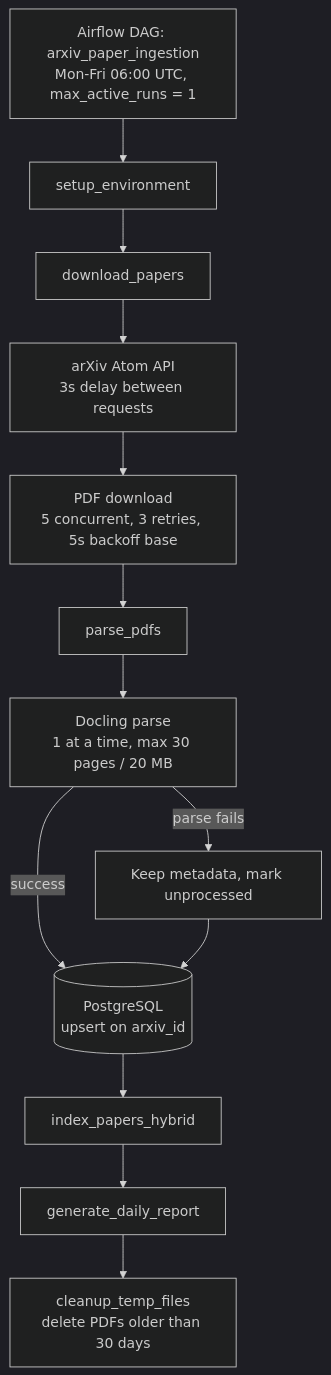
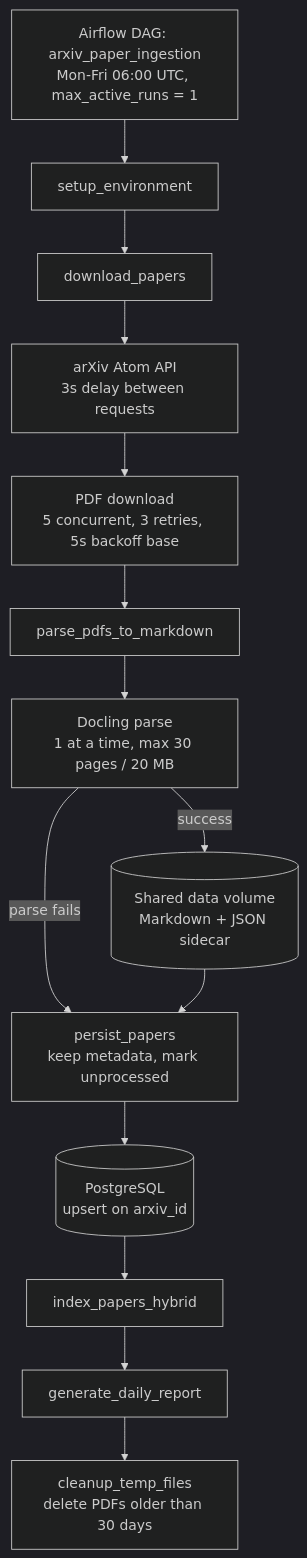
One commit to apssouza22/production-rag changed the second of 12 diagrams in docs/ARTICLE.md. Above: the diagram before and after it, drawn with Mermaid (dark theme). The commit also changed other lines of this file and 10 other files, not shown here.

Commit message:
Split parse_pdfs to parse_pdfs_to_markdown and persist_papers to persist_downloaded_papers

````diff
--- a/docs/ARTICLE.md
+++ b/docs/ARTICLE.md
@@ -92,15 +92,16 @@
 ```mermaid
 flowchart TD
     A["Airflow DAG: arxiv_paper_ingestion<br/>Mon-Fri 06:00 UTC, max_active_runs = 1"] --> B["setup_environment"]
     B --> C["download_papers"]
     C --> C1["arXiv Atom API<br/>3s delay between requests"]
     C1 --> C2["PDF download<br/>5 concurrent, 3 retries, 5s backoff base"]
-    C2 --> P["parse_pdfs"]
+    C2 --> P["parse_pdfs_to_markdown"]
     P --> P1["Docling parse<br/>1 at a time, max 30 pages / 20 MB"]
-    P1 -->|"success"| D[("PostgreSQL<br/>upsert on arxiv_id")]
-    P1 -->|"parse fails"| P2["Keep metadata, mark unprocessed"]
-    P2 --> D
+    P1 -->|"success"| M[("Shared data volume<br/>Markdown + JSON sidecar")]
+    P1 -->|"parse fails"| S["persist_papers<br/>keep metadata, mark unprocessed"]
+    M --> S
+    S --> D[("PostgreSQL<br/>upsert on arxiv_id")]
     D --> E["index_papers_hybrid"]
     E --> F["generate_daily_report"]
     F --> G["cleanup_temp_files<br/>delete PDFs older than 30 days"]
 ```
````
